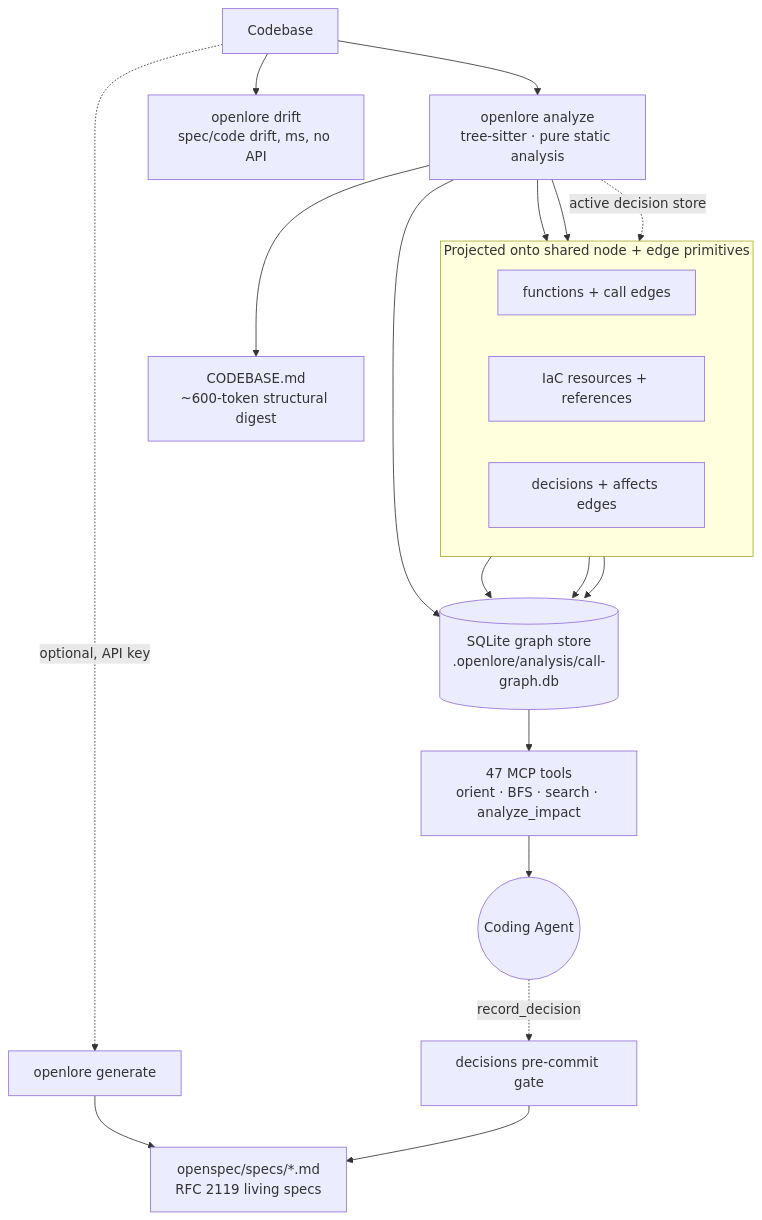
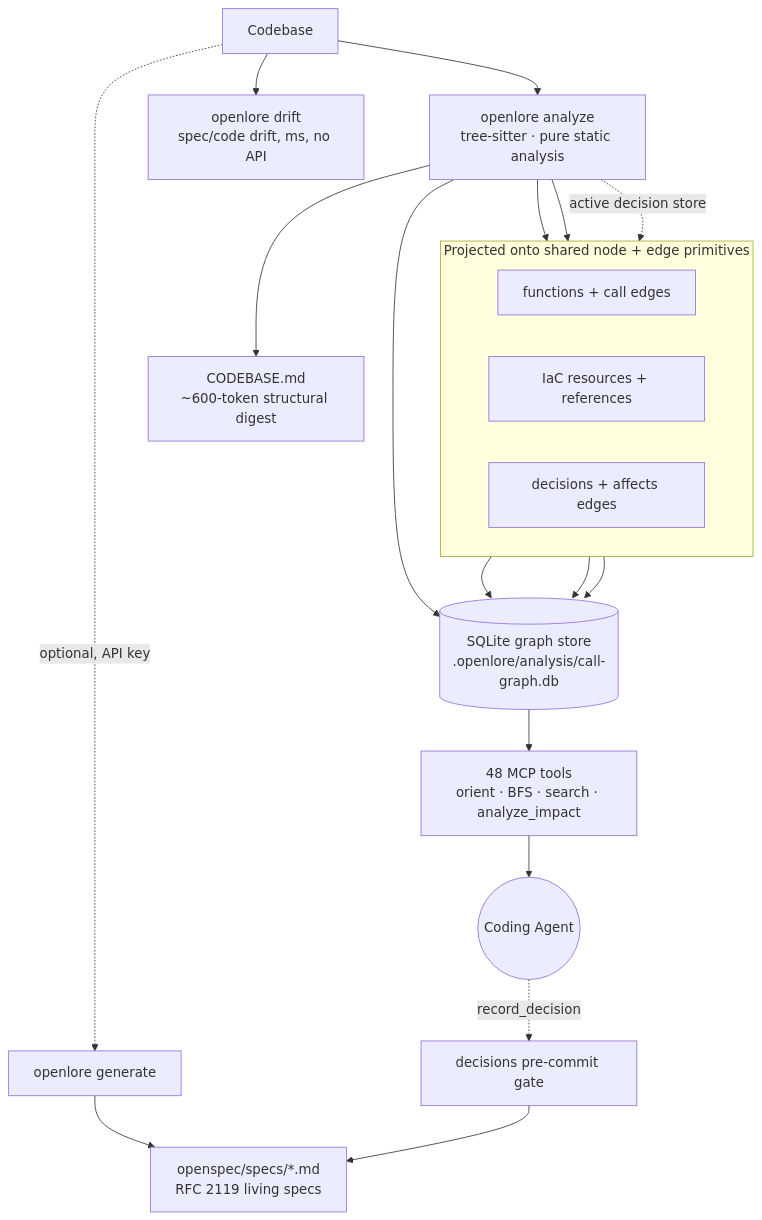
One commit to rzylim/OpenLore changed the first of 2 diagrams in README.md. Above: the diagram before and after it, drawn with Mermaid. The commit also changed other lines of this file and 7 other files, not shown here.

````diff
--- a/README.md
+++ b/README.md
@@ -314,28 +319,28 @@
 ```mermaid
 flowchart TD
     Code[Codebase] --> Analyze[openlore analyze<br/>tree-sitter · pure static analysis]
     Analyze --> DB[(SQLite graph store<br/>.openlore/analysis/call-graph.db)]
     Analyze --> Digest[CODEBASE.md<br/>~600-token structural digest]
 
     subgraph shared["Projected onto shared node + edge primitives"]
       direction LR
       CodeNodes[functions + call edges]
       Iac[IaC resources + references]
       Dec[decisions + affects edges]
     end
     Analyze --> CodeNodes
     Analyze --> Iac
     Analyze -. active decision store .-> Dec
     CodeNodes --> DB
     Iac --> DB
     Dec --> DB
 
-    DB --> MCP[47 MCP tools<br/>orient · BFS · search · analyze_impact]
+    DB --> MCP[48 MCP tools<br/>orient · BFS · search · analyze_impact]
     MCP --> Agent((Coding Agent))
 
     Code -. optional, API key .-> Gen[openlore generate]
     Gen --> Specs[openspec/specs/*.md<br/>RFC 2119 living specs]
     Code --> Drift[openlore drift<br/>spec/code drift, ms, no API]
     Agent -. record_decision .-> Gate[decisions pre-commit gate]
     Gate --> Specs
 ```
````
